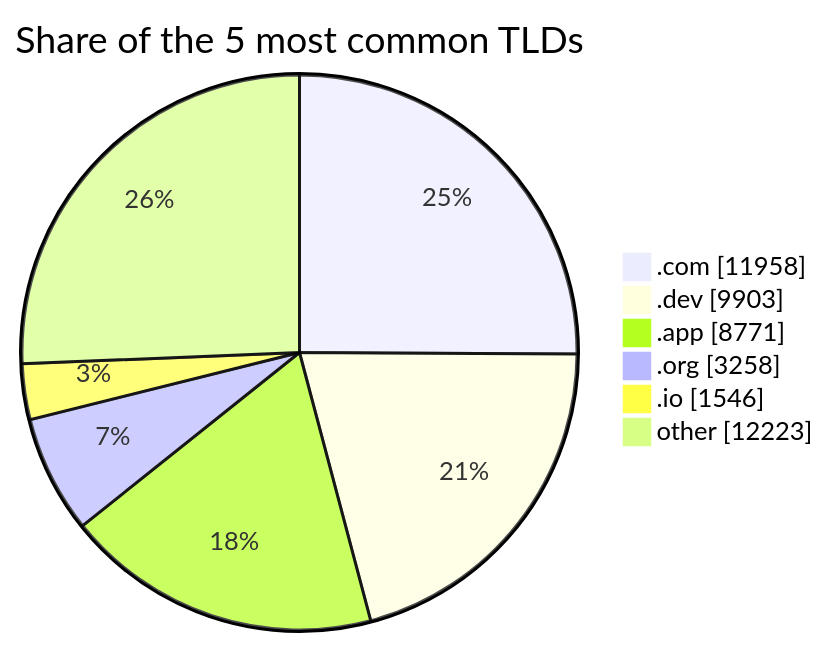
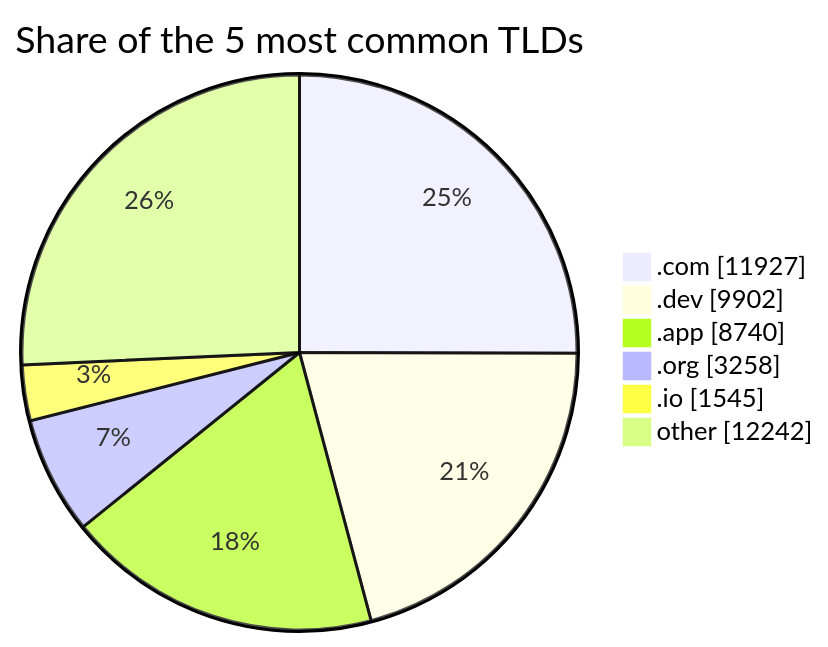
Before and after one commit to DNSBunker/CTI: the third of 3 diagrams in README.md, drawn with Mermaid. The commit also changed other lines of this file and 3 other files, not shown here.

````diff
--- a/README.md
+++ b/README.md
@@ -81,9 +81,9 @@
 ```mermaid
 pie showData title Share of the 5 most common TLDs
-    ".com" : 11958
-    ".dev" : 9903
-    ".app" : 8771
+    ".com" : 11927
+    ".dev" : 9902
+    ".app" : 8740
     ".org" : 3258
-    ".io" : 1546
-    "other" : 12223
+    ".io" : 1545
+    "other" : 12242
 ```
````
